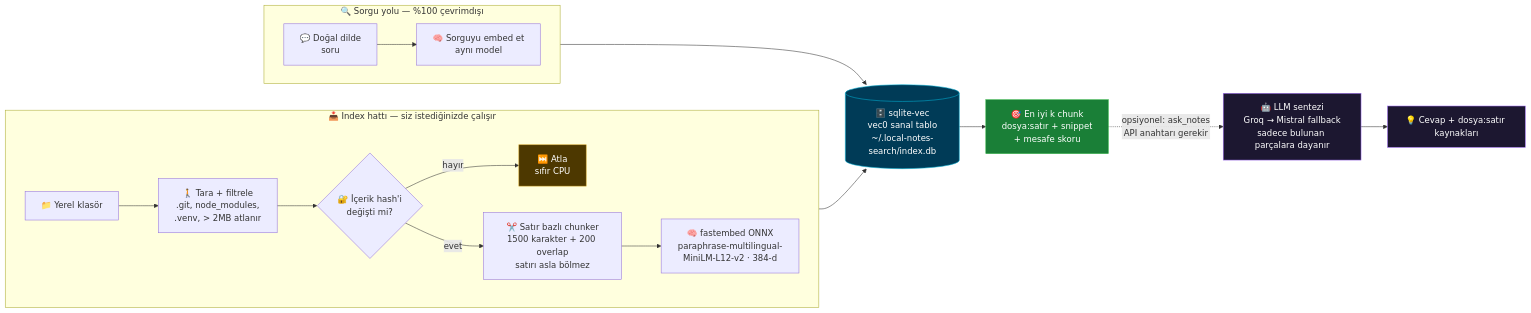
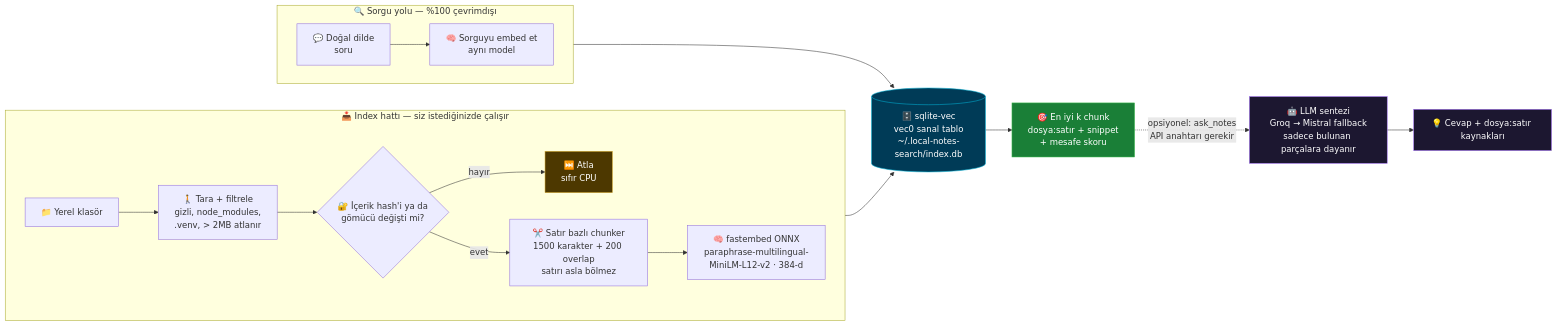
One commit to Furkiozknn/local-notes-search-mcp changed the diagram in README.tr.md. Above: the diagram before and after it, drawn with Mermaid. The commit also changed other lines of this file and 6 other files, not shown here.

````diff
--- a/README.tr.md
+++ b/README.tr.md
@@ -85,30 +89,30 @@
 ```mermaid
 flowchart LR
     subgraph INDEX["📥 Index hattı — siz istediğinizde çalışır"]
         direction LR
-        A["📁 Yerel klasör"] --> B["🚶 Tara + filtrele<br/>.git, node_modules,<br/>.venv, &gt; 2MB atlanır"]
-        B --> H{"🔐 İçerik hash'i<br/>değişti mi?"}
+        A["📁 Yerel klasör"] --> B["🚶 Tara + filtrele<br/>gizli, node_modules,<br/>.venv, &gt; 2MB atlanır"]
+        B --> H{"🔐 İçerik hash'i ya da<br/>gömücü değişti mi?"}
         H -- "hayır" --> SKIP["⏭️ Atla<br/>sıfır CPU"]
         H -- "evet" --> C["✂️ Satır bazlı chunker<br/>1500 karakter + 200 overlap<br/>satırı asla bölmez"]
         C --> D["🧠 fastembed ONNX<br/>paraphrase-multilingual-MiniLM-L12-v2 · 384-d"]
     end
 
     D --> DB[("🗄️ sqlite-vec<br/>vec0 sanal tablo<br/>~/.local-notes-search/index.db")]
 
     subgraph QUERY["🔍 Sorgu yolu — %100 çevrimdışı"]
         direction LR
         Q["💬 Doğal dilde<br/>soru"] --> QE["🧠 Sorguyu embed et<br/>aynı model"]
     end
 
     QE --> DB
     DB --> R["🎯 En iyi k chunk<br/>dosya:satır + snippet<br/>+ mesafe skoru"]
 
     R -. "opsiyonel: ask_notes<br/>API anahtarı gerekir" .-> LLM["🤖 LLM sentezi<br/>Groq → Mistral fallback<br/>sadece bulunan parçalara dayanır"]
     LLM --> ANS["💡 Cevap + dosya:satır kaynakları"]
 
     style LLM fill:#1c1730,stroke:#a371f7,color:#ffffff
     style ANS fill:#1c1730,stroke:#a371f7,color:#ffffff
     style DB fill:#003b57,stroke:#00b4d8,color:#ffffff
     style R fill:#1a7f37,stroke:#3fb950,color:#ffffff
     style SKIP fill:#4d3800,stroke:#d4a72c,color:#ffffff
 ```
````
